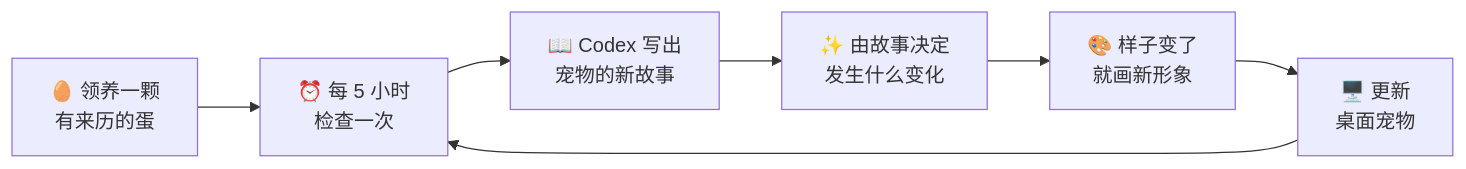
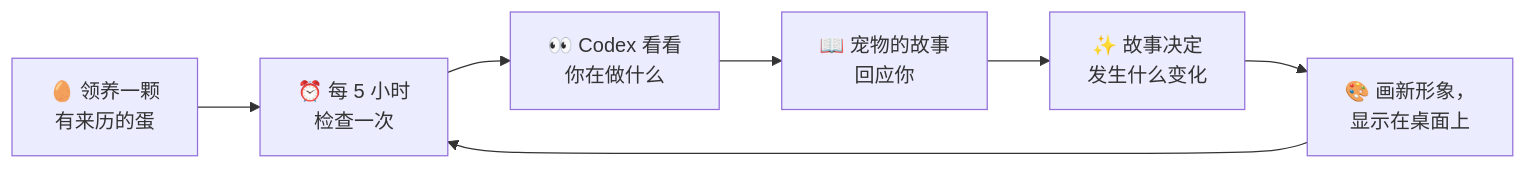
One commit to yate-ge/GenPet changed the diagram in README.zh-CN.md. Above: the diagram before and after it, drawn with Mermaid. The commit also changed other lines of this file and 12 other files, not shown here.

````diff
--- a/README.zh-CN.md
+++ b/README.zh-CN.md
@@ -103,9 +128,9 @@
 ```mermaid
 flowchart LR
   A["🥚 领养一颗<br>有来历的蛋"] --> B["⏰ 每 5 小时<br>检查一次"]
-  B --> C["📖 Codex 写出<br>宠物的新故事"]
-  C --> D["✨ 由故事决定<br>发生什么变化"]
-  D --> E["🎨 样子变了<br>就画新形象"]
-  E --> F["🖥️ 更新<br>桌面宠物"]
+  B --> C["👀 Codex 看看<br>你在做什么"]
+  C --> D["📖 宠物的故事<br>回应你"]
+  D --> E["✨ 故事决定<br>发生什么变化"]
+  E --> F["🎨 画新形象，<br>显示在桌面上"]
   F --> B
 ```
````
